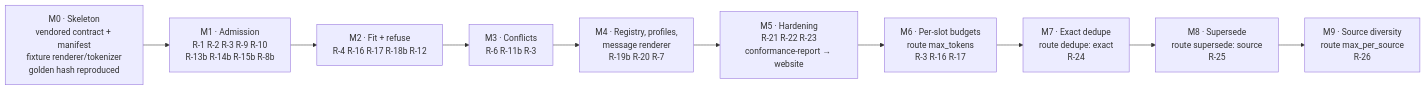
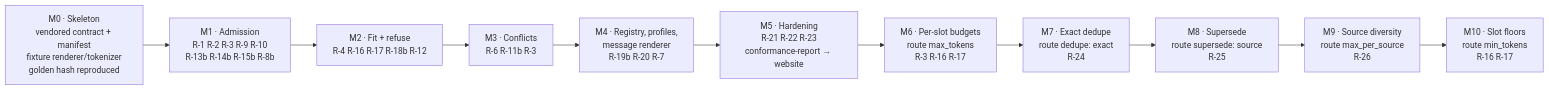
Before and after one commit to contextwindowarchitecture/assembler-python: diagram 14 of 23 in docs/DESIGN.md, drawn with Mermaid. The commit also changed other lines of this file and 21 other files, not shown here.

````diff
--- a/docs/DESIGN.md
+++ b/docs/DESIGN.md
@@ -609,12 +609,13 @@
 ```mermaid
 flowchart LR
   M0["M0 · Skeleton<br/>vendored contract + manifest<br/>fixture renderer/tokenizer<br/>golden hash reproduced"] --> M1["M1 · Admission<br/>R-1 R-2 R-3 R-9 R-10<br/>R-13b R-14b R-15b R-8b"]
   M1 --> M2["M2 · Fit + refuse<br/>R-4 R-16 R-17 R-18b R-12"]
   M2 --> M3["M3 · Conflicts<br/>R-6 R-11b R-3"]
   M3 --> M4["M4 · Registry, profiles,<br/>message renderer<br/>R-19b R-20 R-7"]
   M4 --> M5["M5 · Hardening<br/>R-21 R-22 R-23<br/>conformance-report → website"]
   M5 --> M6["M6 · Per-slot budgets<br/>route max_tokens<br/>R-3 R-16 R-17"]
   M6 --> M7["M7 · Exact dedupe<br/>route dedupe: exact<br/>R-24"]
   M7 --> M8["M8 · Supersede<br/>route supersede: source<br/>R-25"]
   M8 --> M9["M9 · Source diversity<br/>route max_per_source<br/>R-26"]
+  M9 --> M10["M10 · Slot floors<br/>route min_tokens<br/>R-16 R-17"]
 ```
````
